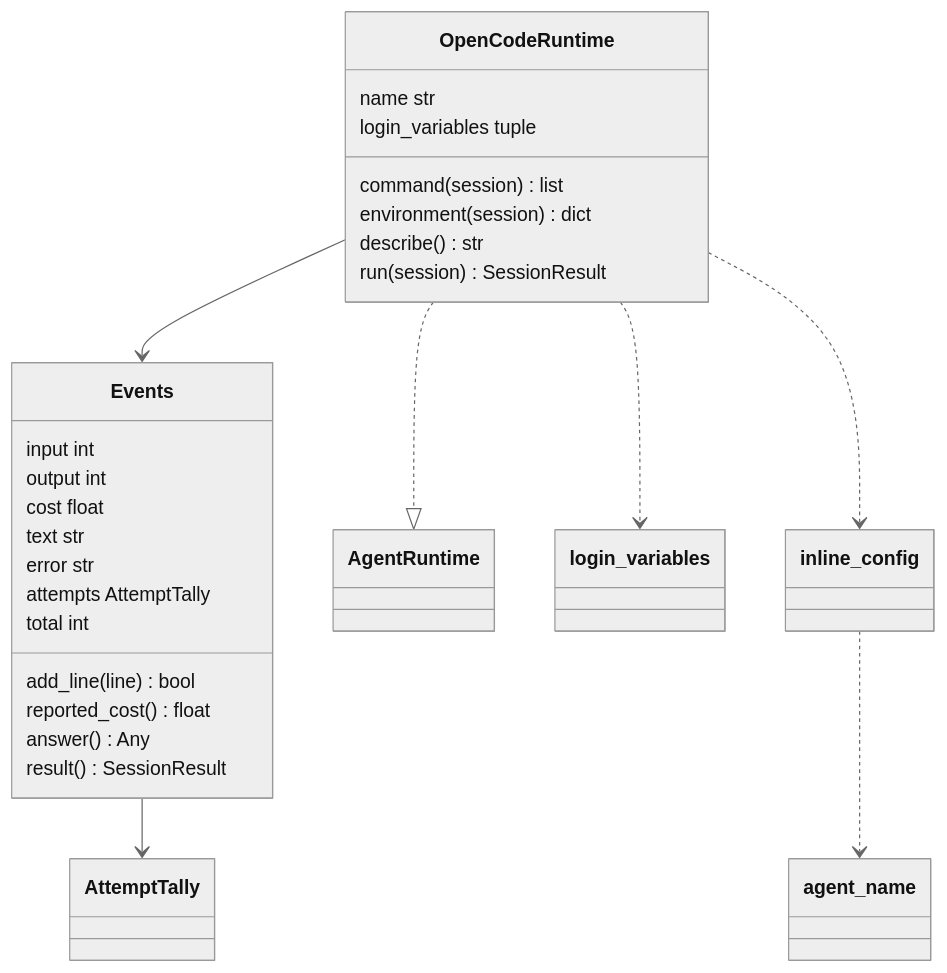
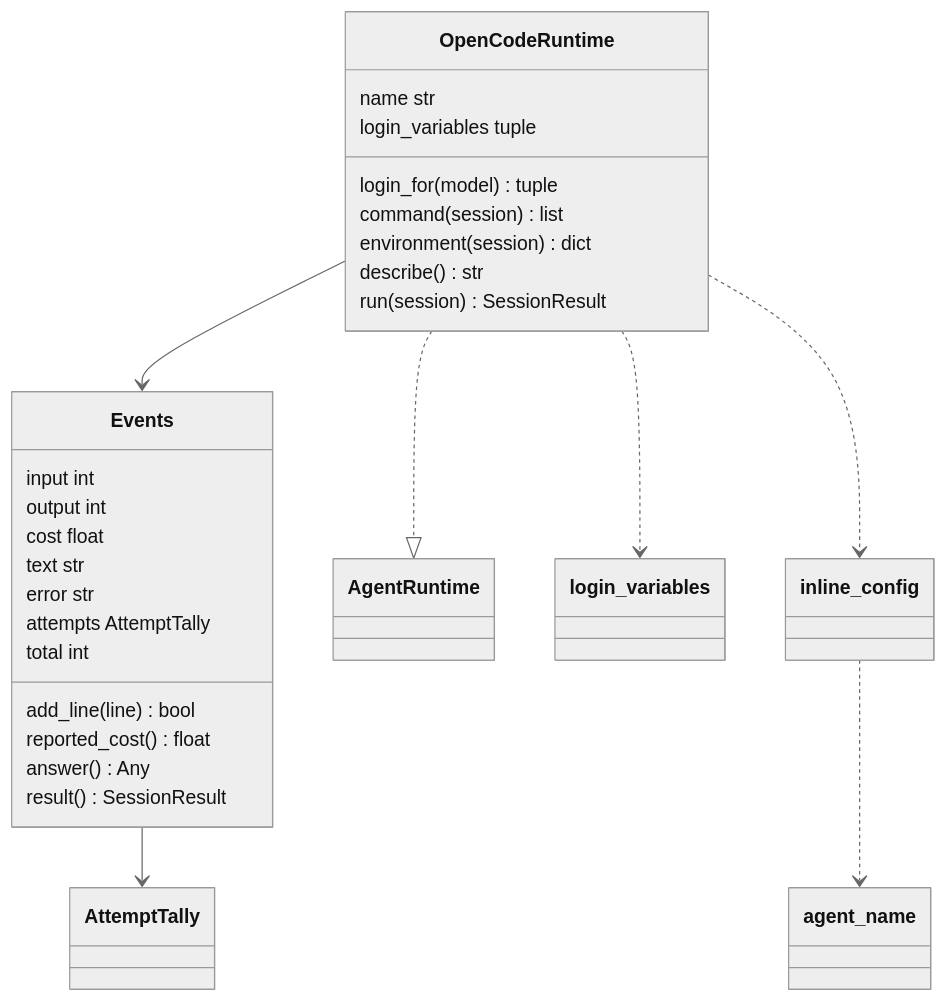
One commit to plaplanche/ariane changed the second of 3 diagrams in docs/architecture/modules/opencode.md. Above: the diagram before and after it, drawn with Mermaid (neutral theme). The commit also changed other lines of this file and 13 other files, not shown here.

````diff
--- a/docs/architecture/modules/opencode.md
+++ b/docs/architecture/modules/opencode.md
@@ -43,30 +43,31 @@
 ```mermaid
 classDiagram
 class OpenCodeRuntime {
   name str
   login_variables tuple
+  login_for(model) tuple
   command(session) list
   environment(session) dict
   describe() str
   run(session) SessionResult
 }
 class Events {
   input int
   output int
   cost float
   text str
   error str
   attempts AttemptTally
   total int
   add_line(line) bool
   reported_cost() float
   answer() Any
   result() SessionResult
 }
 OpenCodeRuntime ..|> AgentRuntime
 OpenCodeRuntime --> Events
 OpenCodeRuntime ..> login_variables
 OpenCodeRuntime ..> inline_config
 inline_config ..> agent_name
 Events --> AttemptTally
 ```
````
